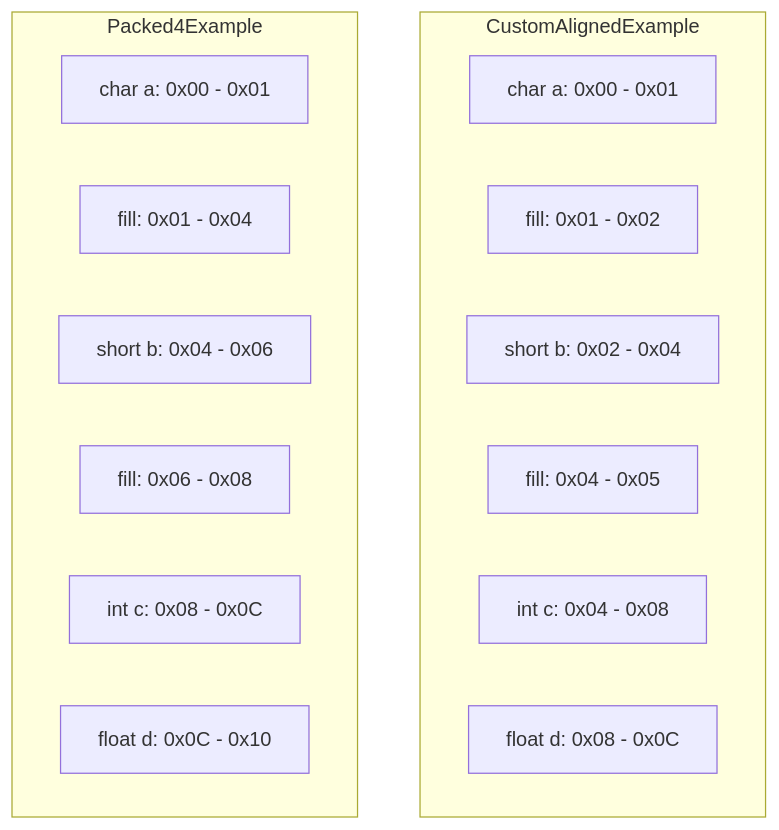
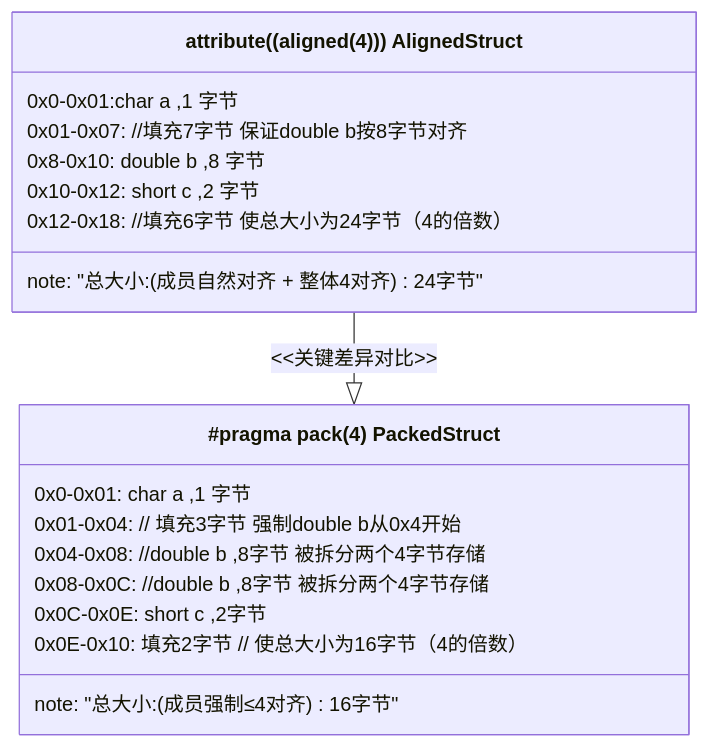
The third of 3 diagrams in Embedded-C/C扩展/字节对齐.md (SolaTian/Embedded-Linux), drawn with Mermaid before and after one commit. The commit also changed other lines of this file and 1 other file, not shown here.

````diff
--- a/Embedded-C/C扩展/字节对齐.md
+++ b/Embedded-C/C扩展/字节对齐.md
@@ -169,19 +174,28 @@
 ```mermaid
-graph TD
-    subgraph CustomAlignedExample
-        a1["char a: 0x00 - 0x01"]
-        f1["fill: 0x01 - 0x02"]
-        b1["short b: 0x02 - 0x04"]
-        f2["fill: 0x04 - 0x05"]
-        c1["int c: 0x04 - 0x08"]
-        d1["float d: 0x08 - 0x0C"]
-    end
-    subgraph Packed4Example
-        a2["char a: 0x00 - 0x01"]
-        f3["fill: 0x01 - 0x04"]
-        b2["short b: 0x04 - 0x06"]
-        f4["fill: 0x06 - 0x08"]
-        c2["int c: 0x08 - 0x0C"]
-        d2["float d: 0x0C - 0x10"]
-    end
+classDiagram
+    direction TB
+
+    %% __attribute__((aligned(4)))：整体对齐，成员自然对齐
+    class AlignedStruct["__attribute__((aligned(4))) AlignedStruct"] {
+        0x0-0x01:char a ,1 字节
+        0x01-0x07: //填充7字节 保证double b按8字节对齐
+        0x8-0x10: double b ,8 字节
+        0x10-0x12: short c ,2 字节
+        0x12-0x18: //填充6字节 使总大小为24字节（4的倍数）
+        note: "总大小:  (成员自然对齐 + 整体4对齐)24字节"
+    }
+
+    %% #pragma pack(4)：强制成员按≤4字节对齐
+    class PackedStruct["#pragma pack(4) PackedStruct"] {
+        0x0-0x01: char a ,1 字节
+        0x01-0x04: // 填充3字节      强制double b从0x4开始
+        0x04-0x08: //double b ,8字节  被拆分两个4字节存储
+        0x08-0x0C: //double b ,8字节  被拆分两个4字节存储
+        0x0C-0x0E: short c ,2字节
+        0x0E-0x10: 填充2字节      // 使总大小为16字节（4的倍数）
+        note: "总大小: (成员强制≤4对齐) 16字节"
+    }
+
+    %% 对比关系
+    AlignedStruct --|> PackedStruct : <<关键差异对比>>
 ```
````
